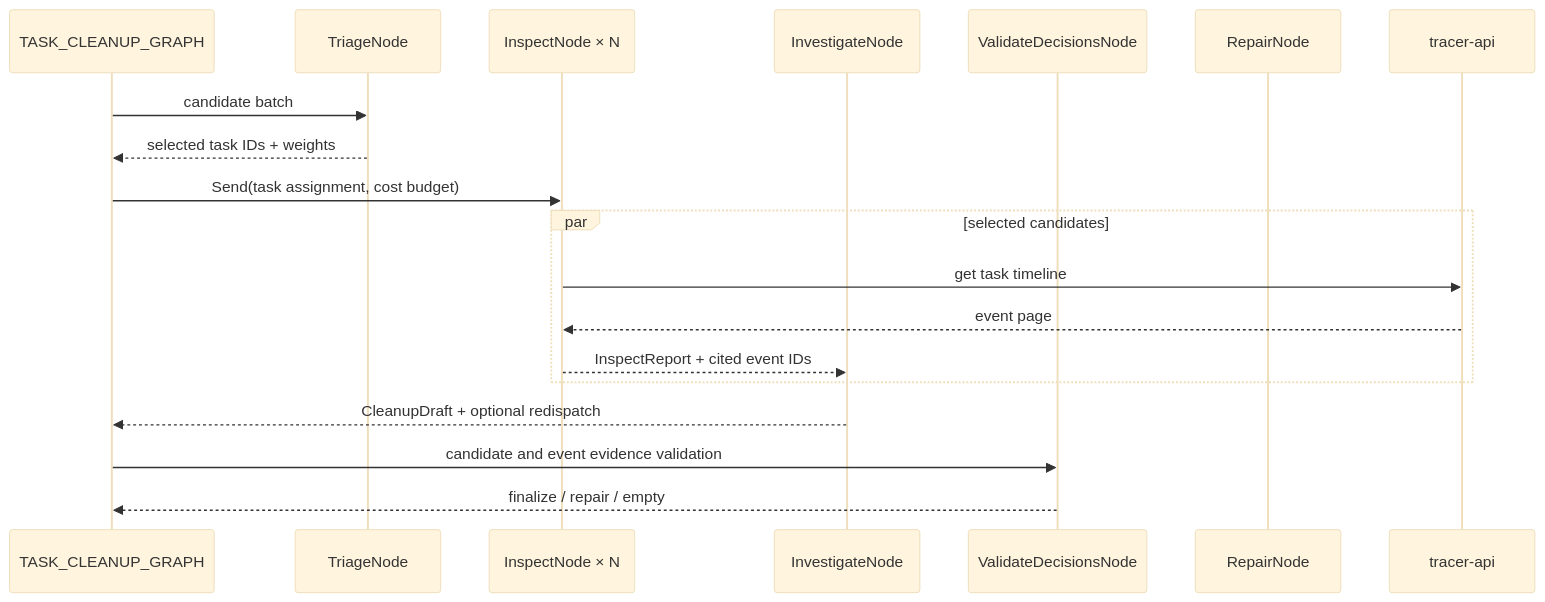
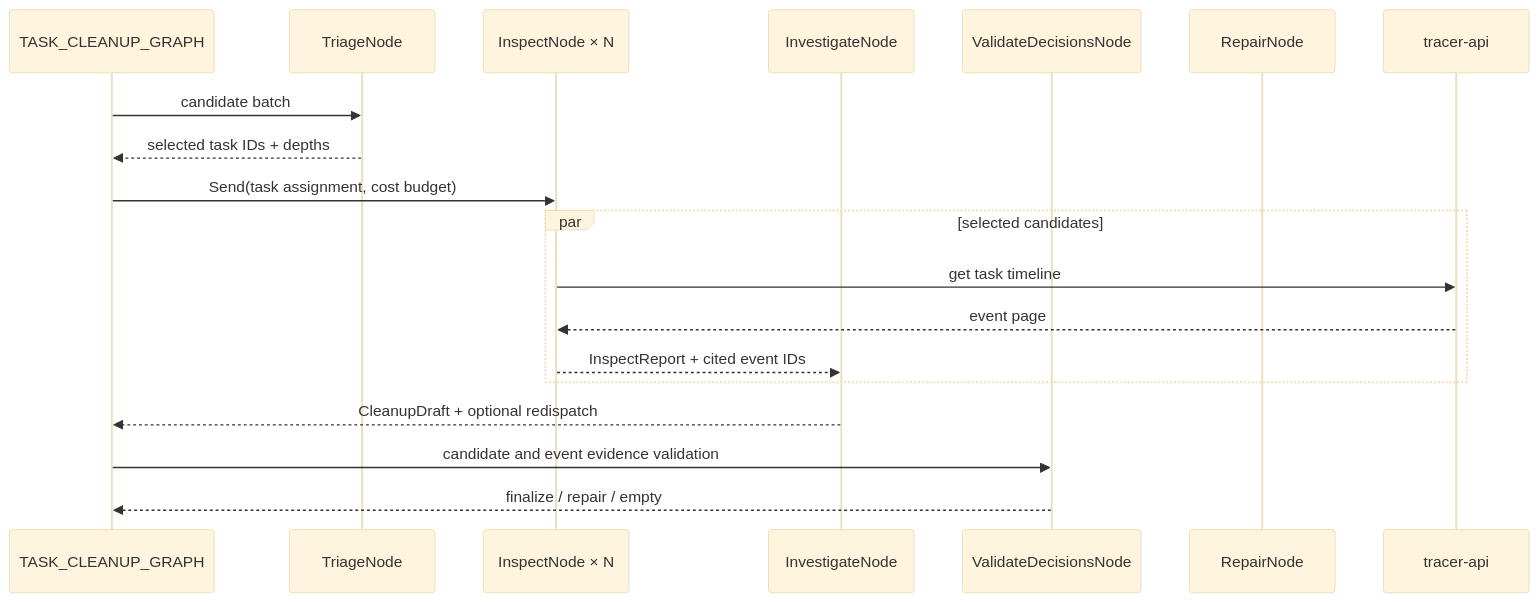
The second of 4 diagrams in src/tracer_agent/worker/agents/task_cleanup/README.md (agent-tracer/tracer-agent-python), drawn with Mermaid (base theme) before and after one commit. The commit also changed other lines of this file and 28 other files, not shown here.

````diff
--- a/src/tracer_agent/worker/agents/task_cleanup/README.md
+++ b/src/tracer_agent/worker/agents/task_cleanup/README.md
@@ -28,21 +28,21 @@
 ```mermaid
 sequenceDiagram
     participant G as TASK_CLEANUP_GRAPH
     participant T as TriageNode
     participant I as InspectNode × N
     participant C as InvestigateNode
     participant V as ValidateDecisionsNode
     participant R as RepairNode
     participant API as tracer-api
     G->>T: candidate batch
-    T-->>G: selected task IDs + weights
+    T-->>G: selected task IDs + depths
     G->>I: Send(task assignment, cost budget)
     par selected candidates
         I->>API: get task timeline
         API-->>I: event page
         I-->>C: InspectReport + cited event IDs
     end
     C-->>G: CleanupDraft + optional redispatch
     G->>V: candidate and event evidence validation
     V-->>G: finalize / repair / empty
 ```
````
